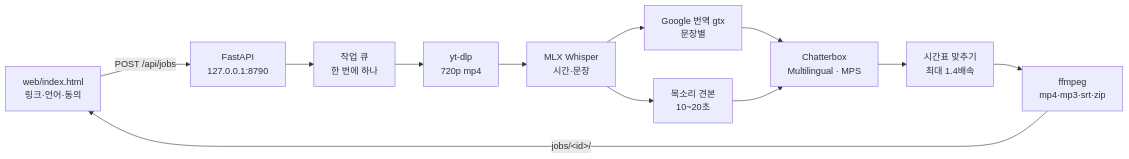
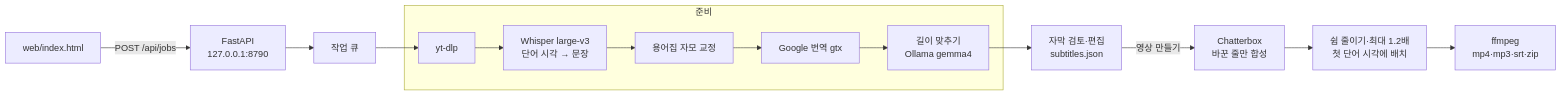
One commit to herwoojin/multi_chat changed the diagram in dubbing/TECH_STACK.md. Above: the diagram before and after it, drawn with Mermaid. The commit also changed other lines of this file and 16 other files, not shown here.

````diff
--- a/dubbing/TECH_STACK.md
+++ b/dubbing/TECH_STACK.md
@@ -11,14 +11,16 @@
 ```mermaid
 flowchart LR
-  UI[web/index.html<br/>링크·언어·동의] -- POST /api/jobs --> API[FastAPI<br/>127.0.0.1:8790]
-  API --> Q[작업 큐<br/>한 번에 하나]
-  Q --> D[yt-dlp<br/>720p mp4]
-  D --> S[MLX Whisper<br/>시간·문장]
-  S --> T[Google 번역 gtx<br/>문장별]
-  S --> V[목소리 견본<br/>10~20초]
-  T --> C[Chatterbox<br/>Multilingual · MPS]
-  V --> C
-  C --> M[시간표 맞추기<br/>최대 1.4배속]
-  M --> F[ffmpeg<br/>mp4·mp3·srt·zip]
-  F -- jobs/&lt;id&gt;/ --> UI
+  UI[web/index.html] -- POST /api/jobs --> API[FastAPI<br/>127.0.0.1:8790]
+  API --> Q[작업 큐]
+  subgraph 준비
+    D[yt-dlp] --> S[Whisper large-v3<br/>단어 시각 → 문장]
+    S --> G[용어집 자모 교정]
+    G --> T[Google 번역 gtx]
+    T --> F[길이 맞추기<br/>Ollama gemma4]
+  end
+  Q --> D
+  F --> R[자막 검토·편집<br/>subtitles.json]
+  R -- 영상 만들기 --> C[Chatterbox<br/>바꾼 줄만 합성]
+  C --> M[쉼 줄이기·최대 1.2배<br/>첫 단어 시각에 배치]
+  M --> O[ffmpeg<br/>mp4·mp3·srt·zip]
 ```
````
